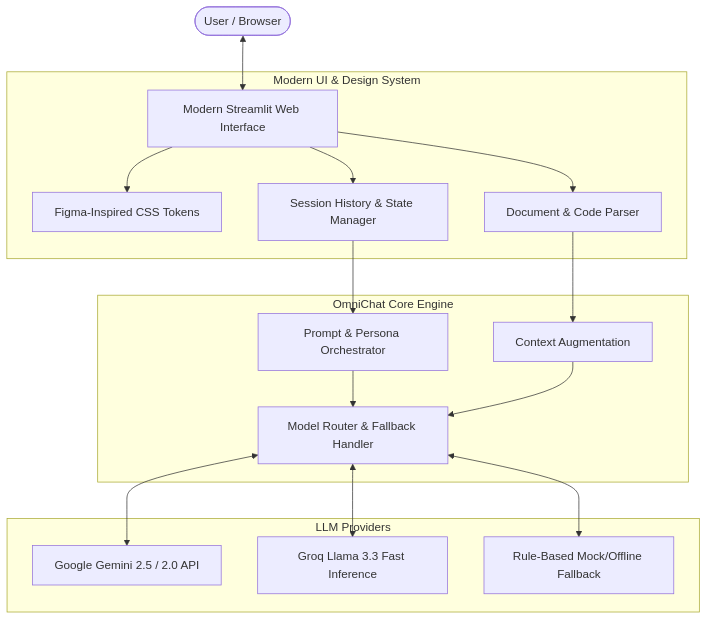
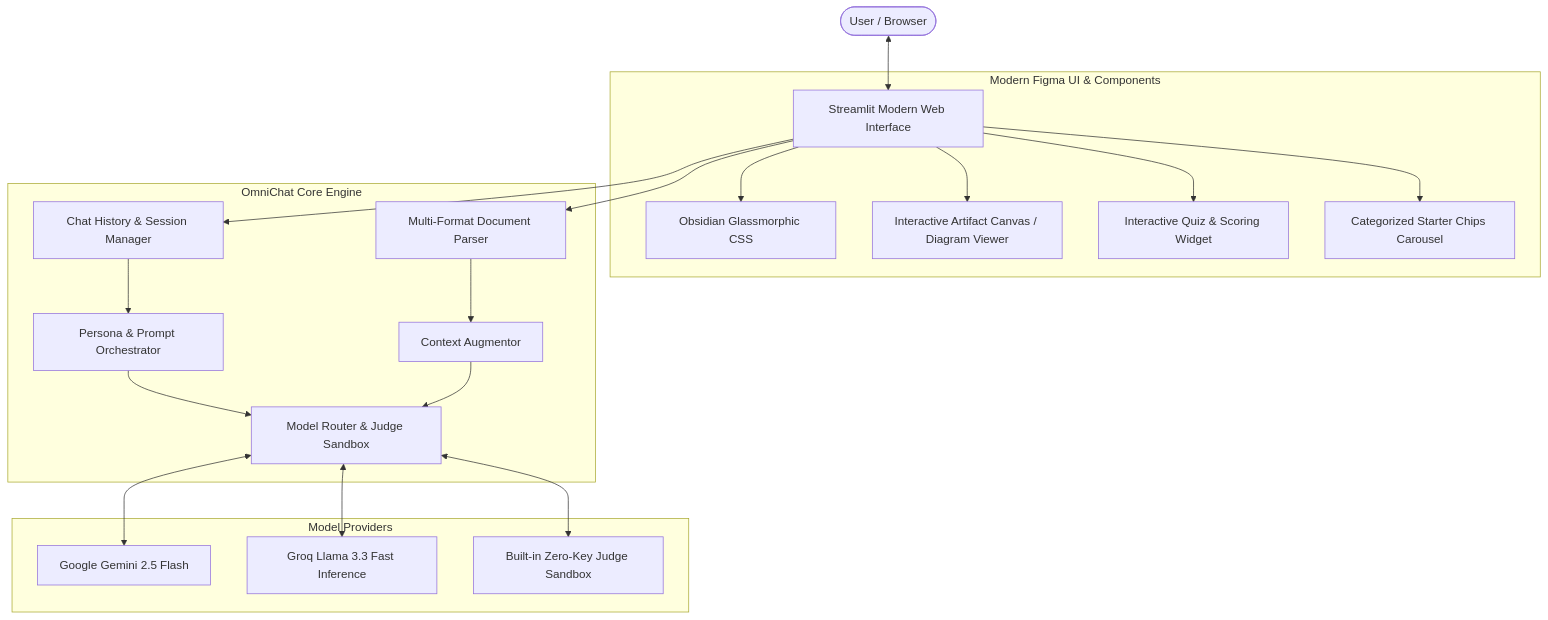
The diagram in PLAN.md (msekhardhar-cell/First-AI-App), drawn with Mermaid before and after one commit. The commit also changed other lines of this file and 1 other file, not shown here.

Commit message:
docs: incorporate accepted enhancements (Artifact Canvas, Quiz Engine, Judge Sandbox, Diagrams)

````diff
--- a/PLAN.md
+++ b/PLAN.md
@@ -43,23 +44,26 @@
 ```mermaid
 flowchart TD
-    User([User / Browser]) <--> UI[Modern Streamlit Web Interface]
+    User([User / Browser]) <--> UI[Streamlit Modern Web Interface]
     
-    subgraph UI_Layer ["Modern UI & Design System"]
-        UI --> DesignTokens[Figma-Inspired CSS Tokens]
-        UI --> ChatHistory[Session History & State Manager]
-        UI --> FileUploader[Document & Code Parser]
+    subgraph UI_Layer ["Modern Figma UI & Components"]
+        UI --> DesignTokens[Obsidian Glassmorphic CSS]
+        UI --> Canvas[Interactive Artifact Canvas / Diagram Viewer]
+        UI --> QuizWidget[Interactive Quiz & Scoring Widget]
+        UI --> PromptChips[Categorized Starter Chips Carousel]
     end
 
     subgraph Core_Engine ["OmniChat Core Engine"]
-        ChatHistory --> PromptEngine[Prompt & Persona Orchestrator]
-        FileUploader --> ContextInjector[Context Augmentation]
-        PromptEngine --> ModelRouter[Model Router & Fallback Handler]
+        UI --> StateManager[Chat History & Session Manager]
+        UI --> FileParser[Multi-Format Document Parser]
+        StateManager --> PromptEngine[Persona & Prompt Orchestrator]
+        FileParser --> ContextInjector[Context Augmentor]
+        PromptEngine --> ModelRouter[Model Router & Judge Sandbox]
         ContextInjector --> ModelRouter
     end
 
-    subgraph AI_Providers ["LLM Providers"]
-        ModelRouter <--> Gemini[Google Gemini 2.5 / 2.0 API]
+    subgraph AI_Providers ["Model Providers"]
+        ModelRouter <--> Gemini[Google Gemini 2.5 Flash]
         ModelRouter <--> Groq[Groq Llama 3.3 Fast Inference]
-        ModelRouter <--> LocalFallback[Rule-Based Mock/Offline Fallback]
+        ModelRouter <--> Sandbox[Built-in Zero-Key Judge Sandbox]
     end
 ```
````
